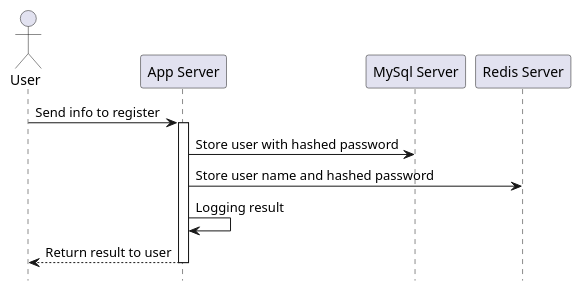
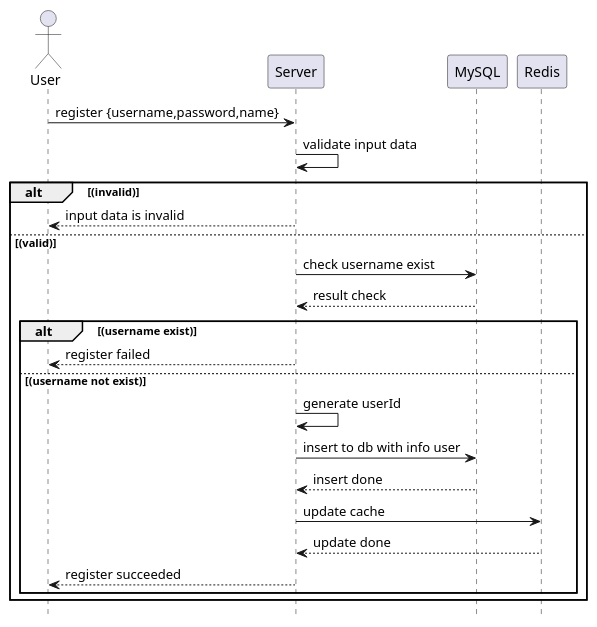
Before and after one commit to noradomi/foo-app: the diagram in docs/sequence diagrams/register.puml, drawn with PlantUML. The commit also changed 71 other files, not shown here.

```diff
--- a/docs/sequence diagrams/register.puml
+++ b/docs/sequence diagrams/register.puml
@@ -1,14 +1,24 @@
 @startuml register
     hide footbox
-
     actor "User"
-
-    "User" -> "App Server": Send info to register
-    activate "App Server"
-    "App Server" -> "MySql Server": Store user with hashed password
-    "App Server" -> "Redis Server": Store user name and hashed password
-    "App Server" -> "App Server": Logging result
-    "App Server" --> "User": Return result to user
-    deactivate "App Server"
+    "User" -> "Server": register {username,password,name}
+    "Server" -> "Server": validate input data
+    alt (invalid)
+    "Server" --> "User": input data is invalid
+    else (valid)
+    "Server" -> "MySQL": check username exist
+    "MySQL" --> "Server": result check
+    alt (username exist)
+    "Server" --> "User": register failed
+    else (username not exist)
+    "Server" -> "Server": generate userId
+    "Server" -> "MySQL": insert to db with info user
+    "MySQL" --> "Server": insert done
+    "Server" -> "Redis": update cache
+    "Redis" --> "Server": update done
+    "Server"--> "User": register succeeded
+    end
+   end
+    
 
 @enduml
```
